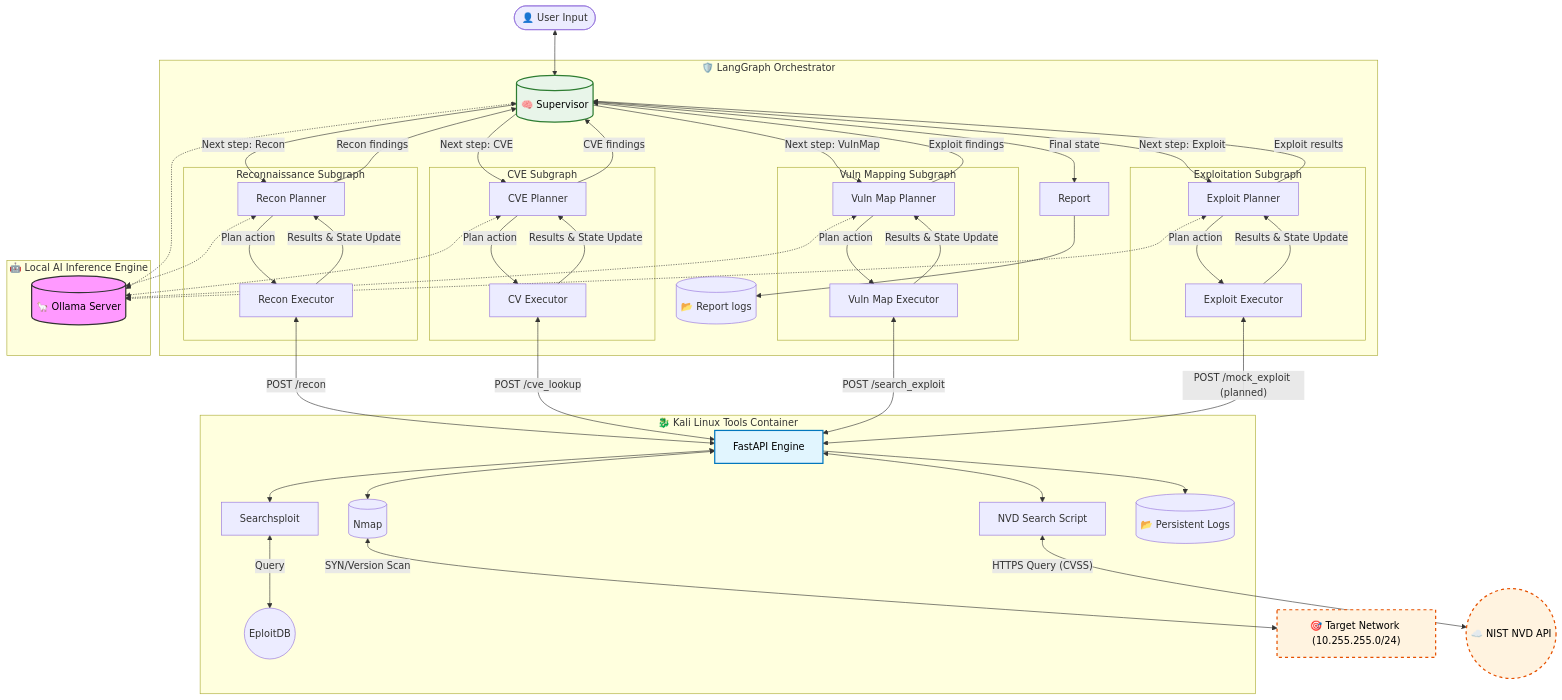
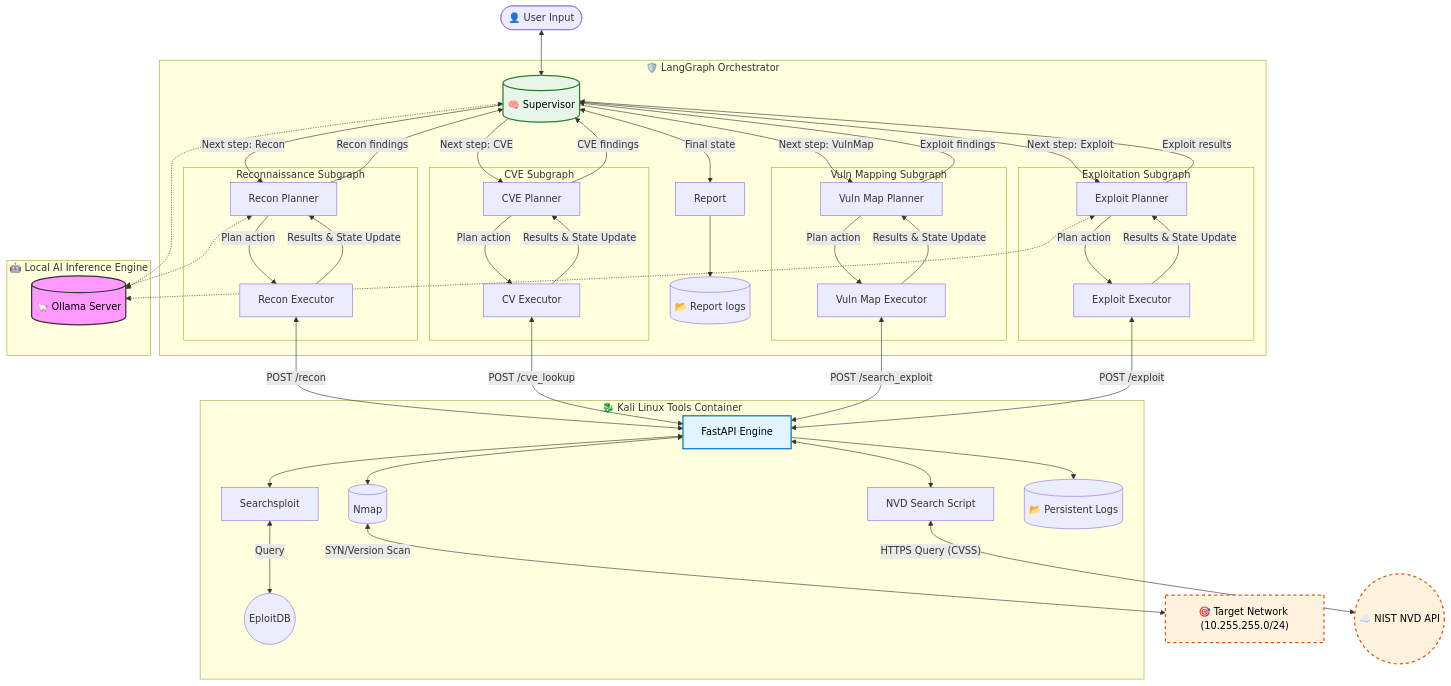
One commit to Oiertxo/agentic-security-orchestrator changed the diagram in README.md. Above: the diagram before and after it, drawn with Mermaid. The commit also changed other lines of this file, not shown here.

```diff
--- a/README.md
+++ b/README.md
@@ -95,8 +95,6 @@
 
     Supervisor <.-> Ollama
     ReconPlanner <.-> Ollama
-    CvePlanner <.-> Ollama
-    VulnMapPlanner <.-> Ollama
     ExploitPlanner <.-> Ollama
 
     subgraph "🐉 Kali Linux Tools Container"
@@ -111,7 +109,7 @@
     ReconExec <--"POST /recon"--> KaliAPI
     CveExec <--"POST /cve_lookup"--> KaliAPI
     VulnMapExec <--"POST /search_exploit"--> KaliAPI
-    ExploitExec <--"POST /mock_exploit (planned)"--> KaliAPI
+    ExploitExec <--"POST /exploit"--> KaliAPI
 
     KaliAPI <--> Nmap
     KaliAPI <--> NVDSearch
```
